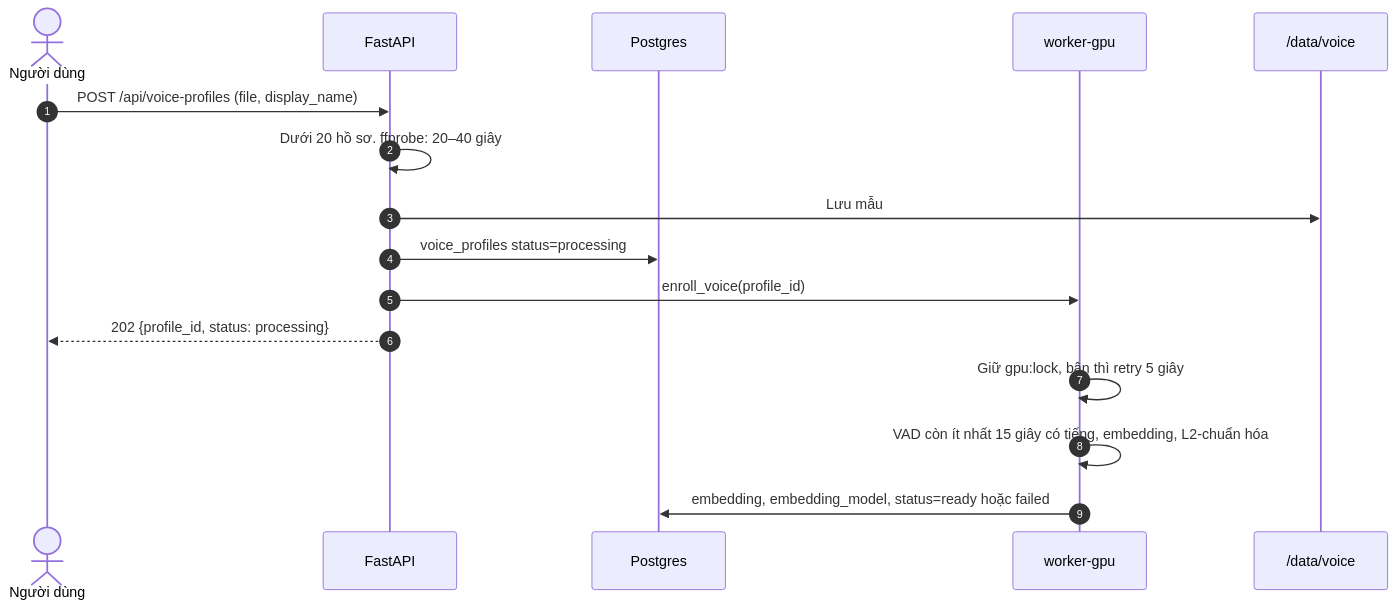
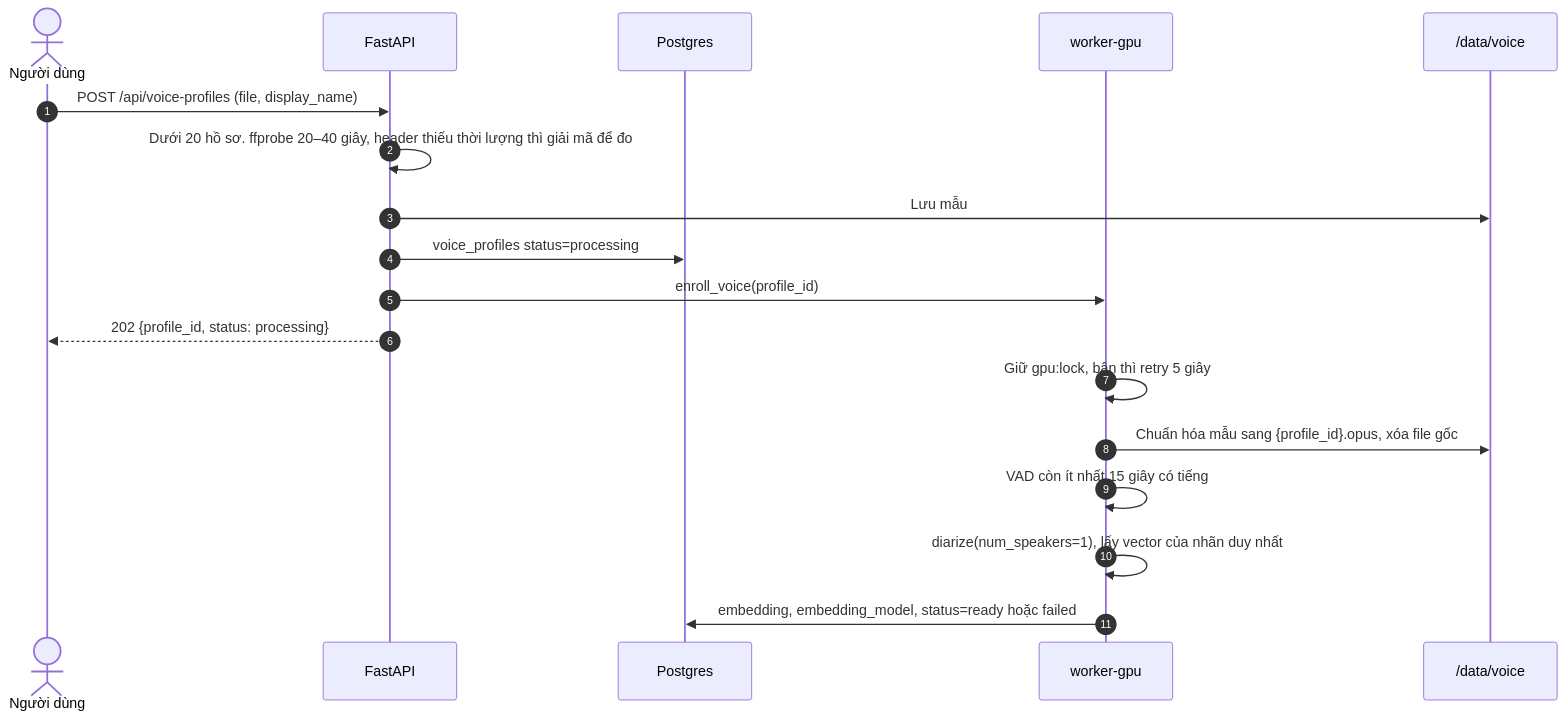
One commit to Pharos107/meeting-lecture-assistant changed the ninth of 9 diagrams in docs/FLOWS.md. Above: the diagram before and after it, drawn with Mermaid. The commit also changed other lines of this file and 2 other files, not shown here.

````diff
--- a/docs/FLOWS.md
+++ b/docs/FLOWS.md
@@ -483,19 +483,21 @@
 ```mermaid
 sequenceDiagram
   autonumber
   actor U as Người dùng
   participant API as FastAPI
   participant DB as Postgres
   participant W as worker-gpu
   participant FS as /data/voice
 
   U->>API: POST /api/voice-profiles (file, display_name)
-  API->>API: Dưới 20 hồ sơ. ffprobe: 20–40 giây
+  API->>API: Dưới 20 hồ sơ. ffprobe 20–40 giây, header thiếu thời lượng thì giải mã để đo
   API->>FS: Lưu mẫu
   API->>DB: voice_profiles status=processing
   API->>W: enroll_voice(profile_id)
   API-->>U: 202 {profile_id, status: processing}
   W->>W: Giữ gpu:lock, bận thì retry 5 giây
-  W->>W: VAD còn ít nhất 15 giây có tiếng, embedding, L2-chuẩn hóa
+  W->>FS: Chuẩn hóa mẫu sang {profile_id}.opus, xóa file gốc
+  W->>W: VAD còn ít nhất 15 giây có tiếng
+  W->>W: diarize(num_speakers=1), lấy vector của nhãn duy nhất
   W->>DB: embedding, embedding_model, status=ready hoặc failed
 ```
````
